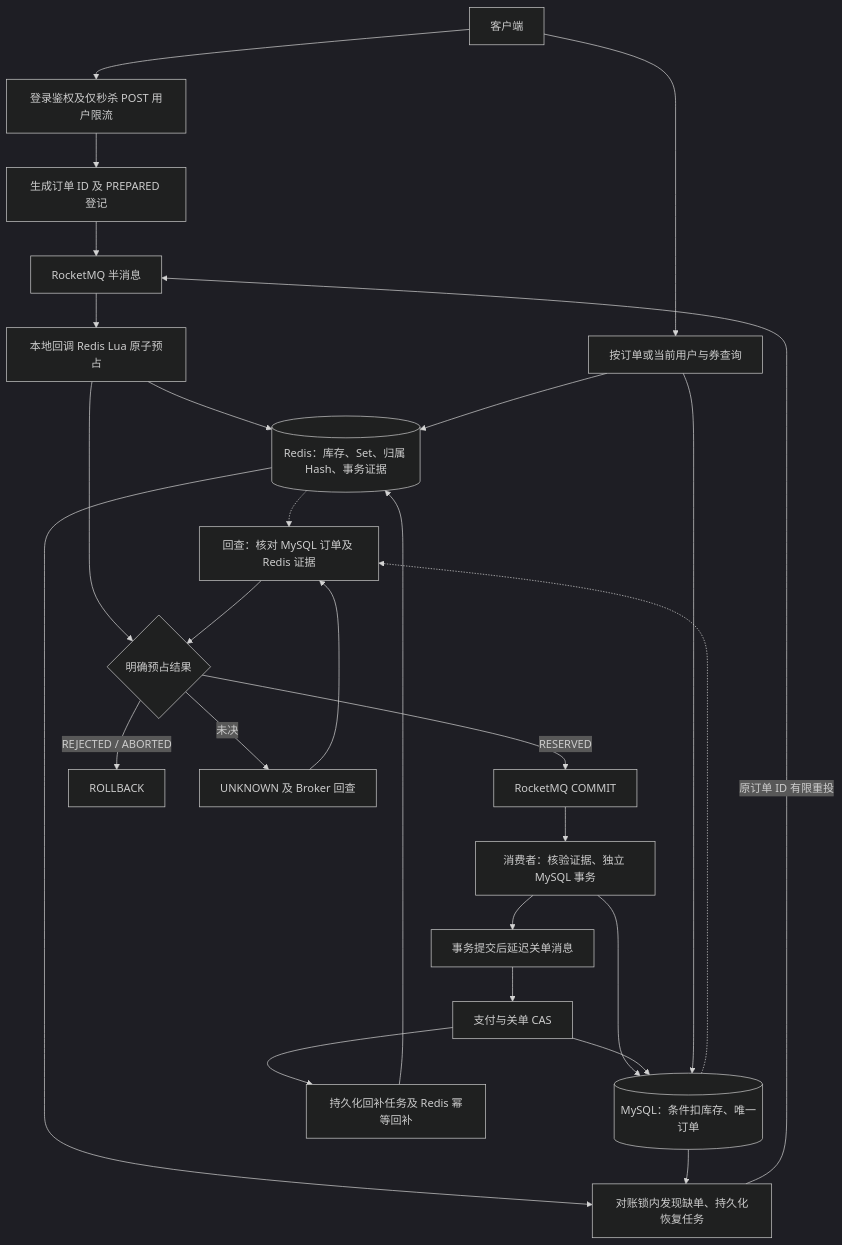
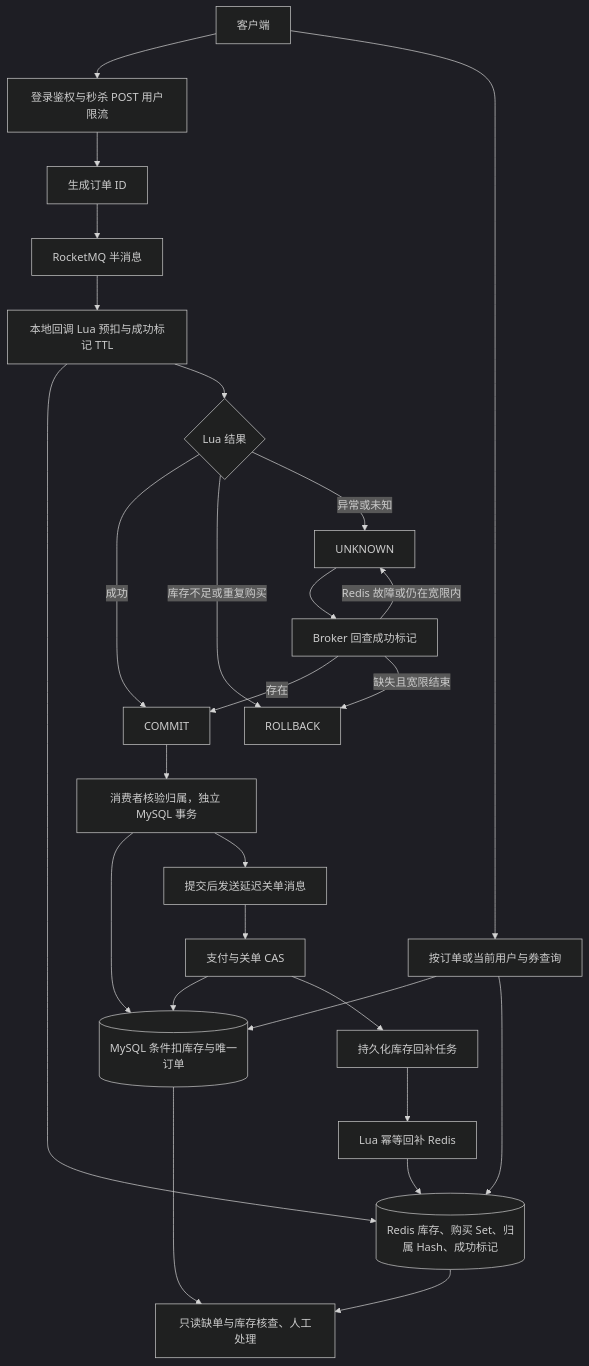
Before and after one commit to soulbooyy/NearHub: the diagram in README.md, drawn with Mermaid (dark theme). The commit also changed other lines of this file and 19 other files, not shown here.

````diff
--- a/README.md
+++ b/README.md
@@ -140,29 +123,29 @@
 ```mermaid
 flowchart TD
-    C[客户端] --> E[登录鉴权及仅秒杀 POST 用户限流]
-    E --> P[生成订单 ID 及 PREPARED 登记]
+    C[客户端] --> E[登录鉴权与秒杀 POST 用户限流]
+    E --> P[生成订单 ID]
     P --> H[RocketMQ 半消息]
-    H --> T[本地回调 Redis Lua 原子预占]
-    T --> R[(Redis：库存、Set、归属 Hash、事务证据)]
-    T --> J{明确预占结果}
-    J -->|RESERVED| Q[RocketMQ COMMIT]
-    J -->|REJECTED / ABORTED| X[ROLLBACK]
-    J -->|未决| U[UNKNOWN 及 Broker 回查]
-    U --> RC[回查：核对 MySQL 订单及 Redis 证据]
-    RC --> J
-    R -.-> RC
-    D -.-> RC
-    Q --> W[消费者：核验证据、独立 MySQL 事务]
-    W --> D[(MySQL：条件扣库存、唯一订单)]
-    W --> M[事务提交后延迟关单消息]
+    H --> T[本地回调 Lua 预扣与成功标记 TTL]
+    T --> R[(Redis 库存、购买 Set、归属 Hash、成功标记)]
+    T --> J{Lua 结果}
+    J -->|成功| Q[COMMIT]
+    J -->|库存不足或重复购买| X[ROLLBACK]
+    J -->|异常或未知| U[UNKNOWN]
+    U --> RC[Broker 回查成功标记]
+    RC -->|存在| Q
+    RC -->|缺失且宽限结束| X
+    RC -->|Redis 故障或仍在宽限内| U
+    Q --> W[消费者核验归属，独立 MySQL 事务]
+    W --> D[(MySQL 条件扣库存与唯一订单)]
+    W --> M[提交后发送延迟关单消息]
     M --> K[支付与关单 CAS]
     K --> D
-    K --> S[持久化回补任务及 Redis 幂等回补]
-    S --> R
-    R --> F[对账锁内发现缺单、持久化恢复任务]
-    F -->|原订单 ID 有限重投| H
+    K --> S[持久化库存回补任务]
+    S --> L[Lua 幂等回补 Redis]
+    L --> R
+    R --> F[只读缺单与库存核查、人工处理]
     D --> F
     C --> V[按订单或当前用户与券查询]
     V --> D
     V --> R
 ```
````
